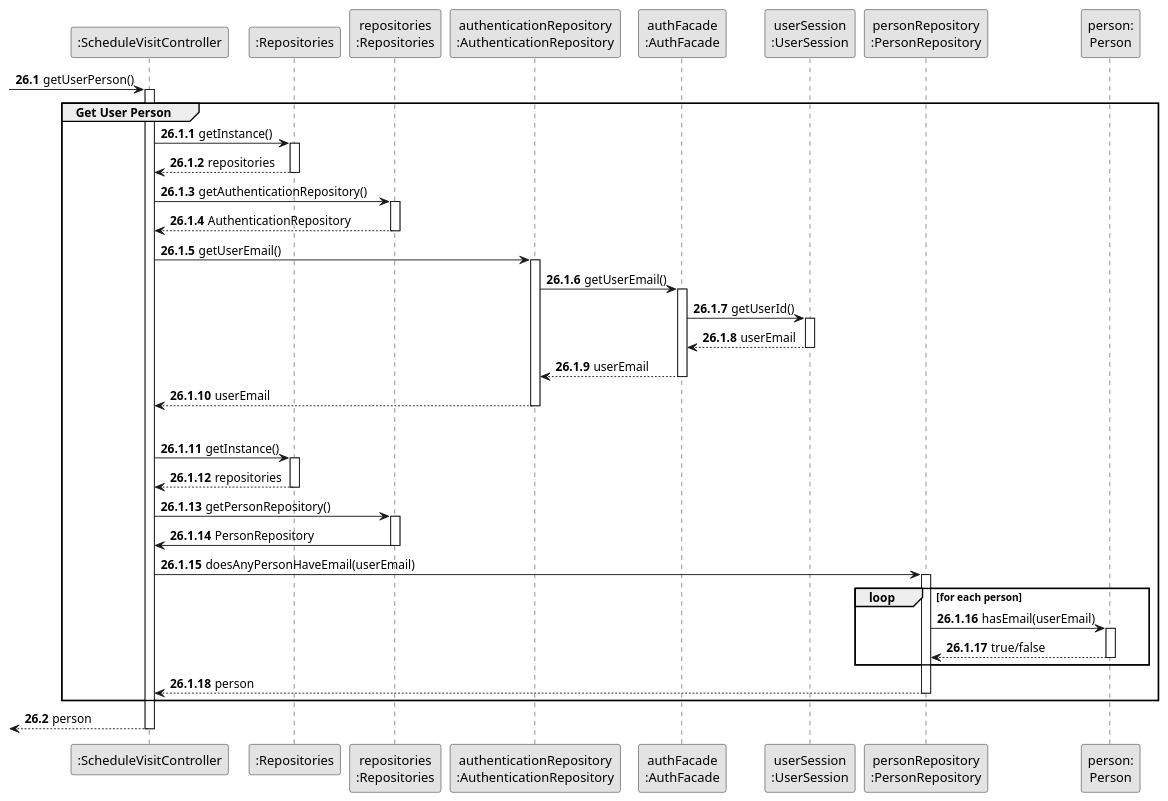
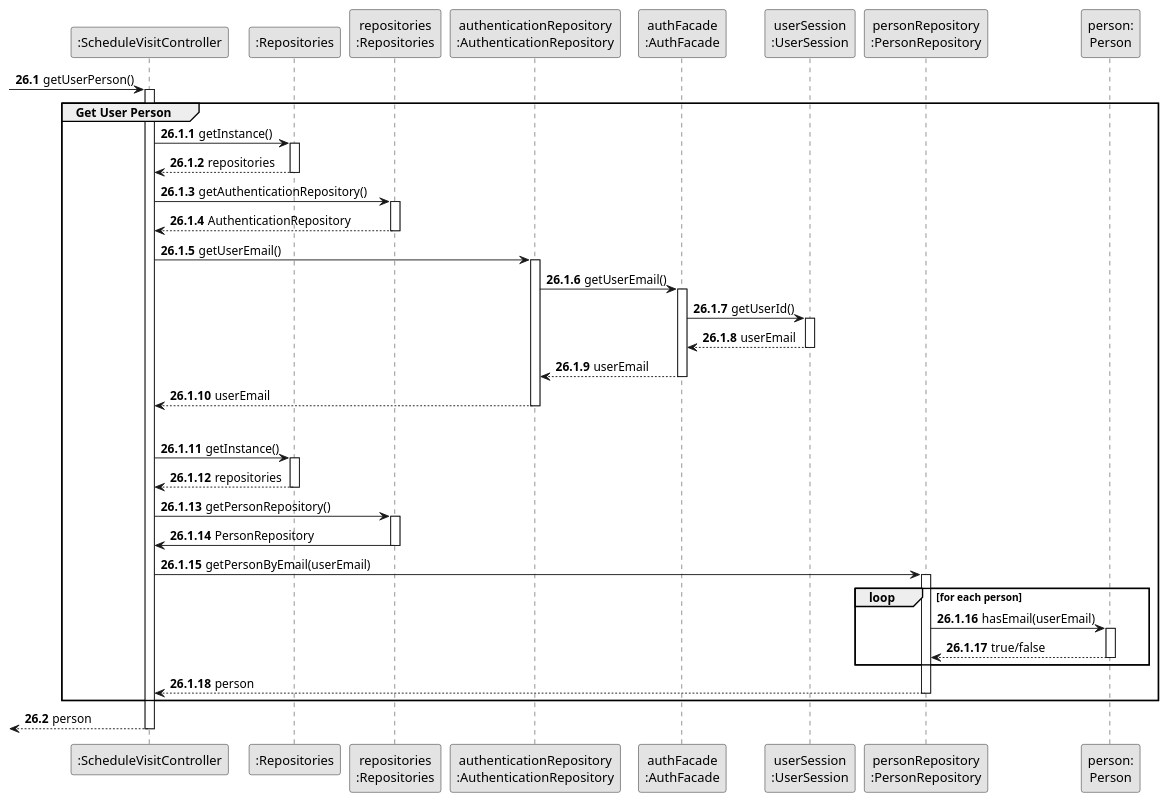
One commit to rita-barbosa/LAPR2-2223 changed the diagram in docs/sprintC/us009/03.design/puml/us009-sequence-diagram-partial-get-user-person.puml. Above: the diagram before and after it, drawn with PlantUML.

Commit message:
Get user person Partial SD update [US009] [Design]

```diff
--- a/docs/sprintC/us009/03.design/puml/us009-sequence-diagram-partial-get-user-person.puml
+++ b/docs/sprintC/us009/03.design/puml/us009-sequence-diagram-partial-get-user-person.puml
@@ -1,90 +1,90 @@
 @startuml
 skinparam monochrome true
 skinparam packageStyle rectangle
 skinparam shadowing false\
 
 
 participant ":ScheduleVisitController" as CTRL
 participant ":Repositories" as RepositorySingleton
 participant "repositories\n:Repositories" as PLAT
 participant "authenticationRepository\n:AuthenticationRepository" as AuthenticationRepository
 participant "authFacade\n:AuthFacade" as FACADE
 participant "userSession\n:UserSession" as SESSION
 participant "personRepository\n:PersonRepository" as PersonRepository
 participant "person:\nPerson" as PERSON
 
 autonumber 26.1
 
      -> CTRL : getUserPerson()
      activate CTRL
 
 autonumber 26.1.1
 
     group Get User Person
 
         CTRL -> RepositorySingleton : getInstance()
         activate RepositorySingleton
 
             RepositorySingleton --> CTRL : repositories
         deactivate RepositorySingleton
 
         CTRL -> PLAT : getAuthenticationRepository()
         activate PLAT
 
             PLAT --> CTRL : AuthenticationRepository
         deactivate PLAT
 
         CTRL -> AuthenticationRepository : getUserEmail()
         activate AuthenticationRepository
 
             AuthenticationRepository -> FACADE : getUserEmail()
             activate FACADE
 
                 FACADE -> SESSION : getUserId()
                 activate SESSION
 
                     SESSION --> FACADE : userEmail
                 deactivate SESSION
 
                 FACADE --> AuthenticationRepository : userEmail
             deactivate FACADE
 
            AuthenticationRepository --> CTRL : userEmail
         deactivate AuthenticationRepository
 |||
         CTRL -> RepositorySingleton : getInstance()
         activate RepositorySingleton
 
             RepositorySingleton --> CTRL : repositories
         deactivate RepositorySingleton
 
         CTRL -> PLAT : getPersonRepository()
         activate PLAT
 
             PLAT -> CTRL : PersonRepository
         deactivate PLAT
 
-        CTRL -> PersonRepository : doesAnyPersonHaveEmail(userEmail)
+        CTRL -> PersonRepository : getPersonByEmail(userEmail)
         activate PersonRepository
 
         loop for each person
 
             PersonRepository -> PERSON : hasEmail(userEmail)
             activate PERSON
 
                 PERSON --> PersonRepository : true/false
             deactivate PERSON
 
         end loop
 
             PersonRepository --> CTRL : person
         deactivate PersonRepository
 
      end group
 
 autonumber 26.2
 
         <-- CTRL : person
     deactivate CTRL
 
 @enduml
```
